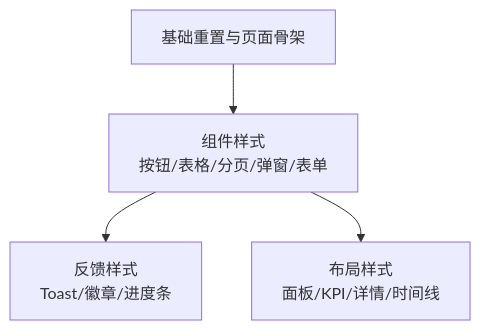
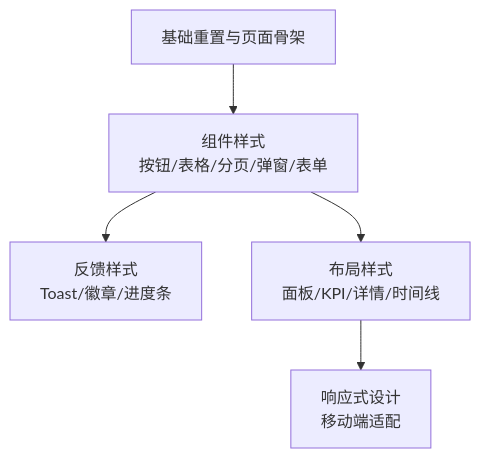
Before and after one commit to PengLine/blog-tms: the ninth of 10 diagrams in .qoder/repowiki/zh/content/系统架构设计/UI组件架构/UI组件架构.md, drawn with Mermaid. The commit also changed other lines of this file and 101 other files, not shown here.

````diff
--- a/.qoder/repowiki/zh/content/系统架构设计/UI组件架构/UI组件架构.md
+++ b/.qoder/repowiki/zh/content/系统架构设计/UI组件架构/UI组件架构.md
@@ -312,6 +372,7 @@
 ```mermaid
 graph TB
 Base["基础重置与页面骨架"] --> Components["组件样式<br/>按钮/表格/分页/弹窗/表单"]
 Components --> Feedback["反馈样式<br/>Toast/徽章/进度条"]
 Components --> Layout["布局样式<br/>面板/KPI/详情/时间线"]
+Layout --> Responsive["响应式设计<br/>移动端适配"]
 ```
````
